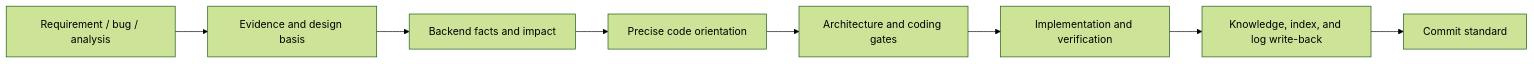
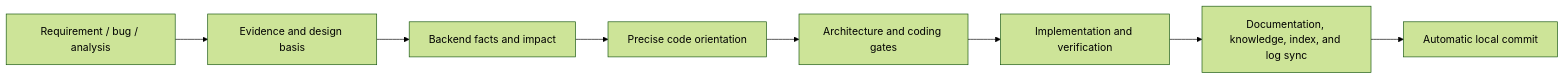
Before and after one commit to exception-coder/team-standards: the diagram in README_en.md, drawn with Mermaid (forest theme). The commit also changed other lines of this file and 16 other files, not shown here.

````diff
--- a/README_en.md
+++ b/README_en.md
@@ -7,10 +7,10 @@
 ```mermaid
 flowchart LR
     INTENT["Requirement / bug / analysis"] --> EVIDENCE["Evidence and design basis"]
     EVIDENCE --> IMPACT["Backend facts and impact"]
     IMPACT --> LOCATE["Precise code orientation"]
     LOCATE --> GUARD["Architecture and coding gates"]
     GUARD --> BUILD["Implementation and verification"]
-    BUILD --> WRITEBACK["Knowledge, index, and log write-back"]
-    WRITEBACK --> COMMIT["Commit standard"]
+    BUILD --> WRITEBACK["Documentation, knowledge, index, and log sync"]
+    WRITEBACK --> COMMIT["Automatic local commit"]
 ```
````
